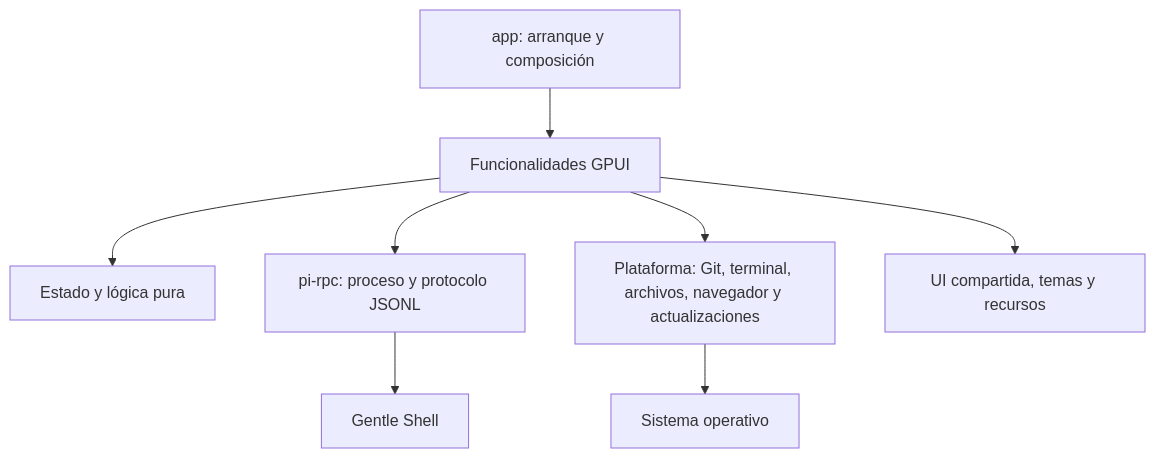
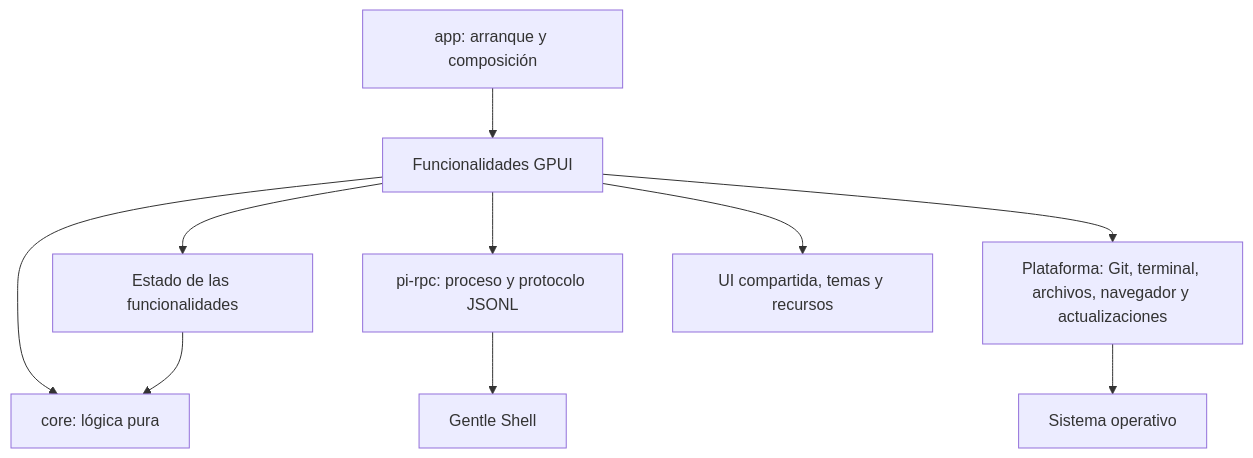
Before and after one commit to Mayloparra24/gentle-shell-gpui: the first of 2 diagrams in docs/architecture.md, drawn with Mermaid. The commit also changed other lines of this file and 39 other files, not shown here.

````diff
--- a/docs/architecture.md
+++ b/docs/architecture.md
@@ -15,10 +15,12 @@
 ```mermaid
 flowchart TD
     Main["app: arranque y composición"] --> Features["Funcionalidades GPUI"]
-    Features --> State["Estado y lógica pura"]
+    Features --> State["Estado de las funcionalidades"]
+    Features --> Core["core: lógica pura"]
+    State --> Core
     Features --> Rpc["pi-rpc: proceso y protocolo JSONL"]
     Features --> Platform["Plataforma: Git, terminal, archivos, navegador y actualizaciones"]
     Features --> Shared["UI compartida, temas y recursos"]
     Rpc --> Backend["Gentle Shell"]
     Platform --> OS["Sistema operativo"]
 ```
````
